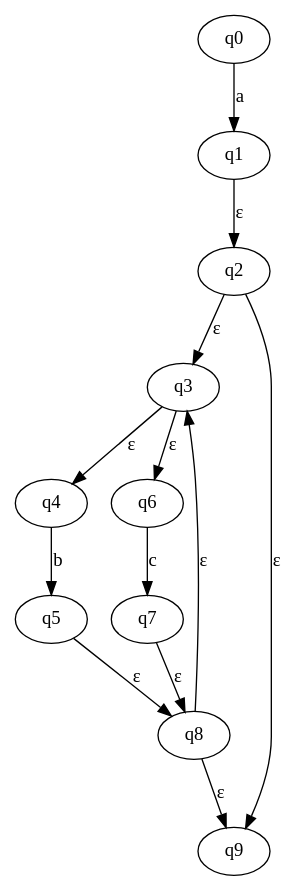
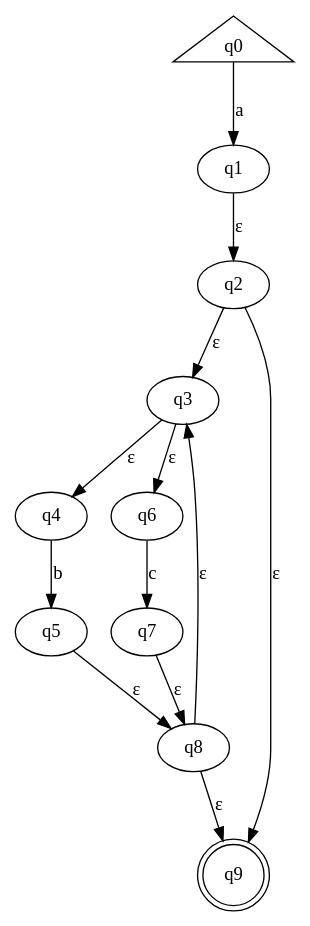
The diagram in nfa2.dot (realzhujunhao/jhautomata), drawn with Graphviz before and after one commit. The commit also changed 8 other files, not shown here.

```diff
--- a/nfa2.dot
+++ b/nfa2.dot
@@ -1,24 +1,24 @@
 digraph {
-    0 [ label = "q0" ]
+    0 [ label = "q0" shape = triangle]
     1 [ label = "q1" ]
     2 [ label = "q2" ]
     3 [ label = "q3" ]
-    4 [ label = "q9" ]
+    4 [ label = "q9" shape = doublecircle]
     5 [ label = "q4" ]
     6 [ label = "q6" ]
     7 [ label = "q5" ]
     8 [ label = "q7" ]
     9 [ label = "q8" ]
     0 -> 1 [ label = "a" ]
     1 -> 2 [ label = "ε" ]
     2 -> 3 [ label = "ε" ]
     2 -> 4 [ label = "ε" ]
     3 -> 5 [ label = "ε" ]
     3 -> 6 [ label = "ε" ]
     5 -> 7 [ label = "b" ]
     6 -> 8 [ label = "c" ]
     7 -> 9 [ label = "ε" ]
     8 -> 9 [ label = "ε" ]
     9 -> 3 [ label = "ε" ]
     9 -> 4 [ label = "ε" ]
 }
```
